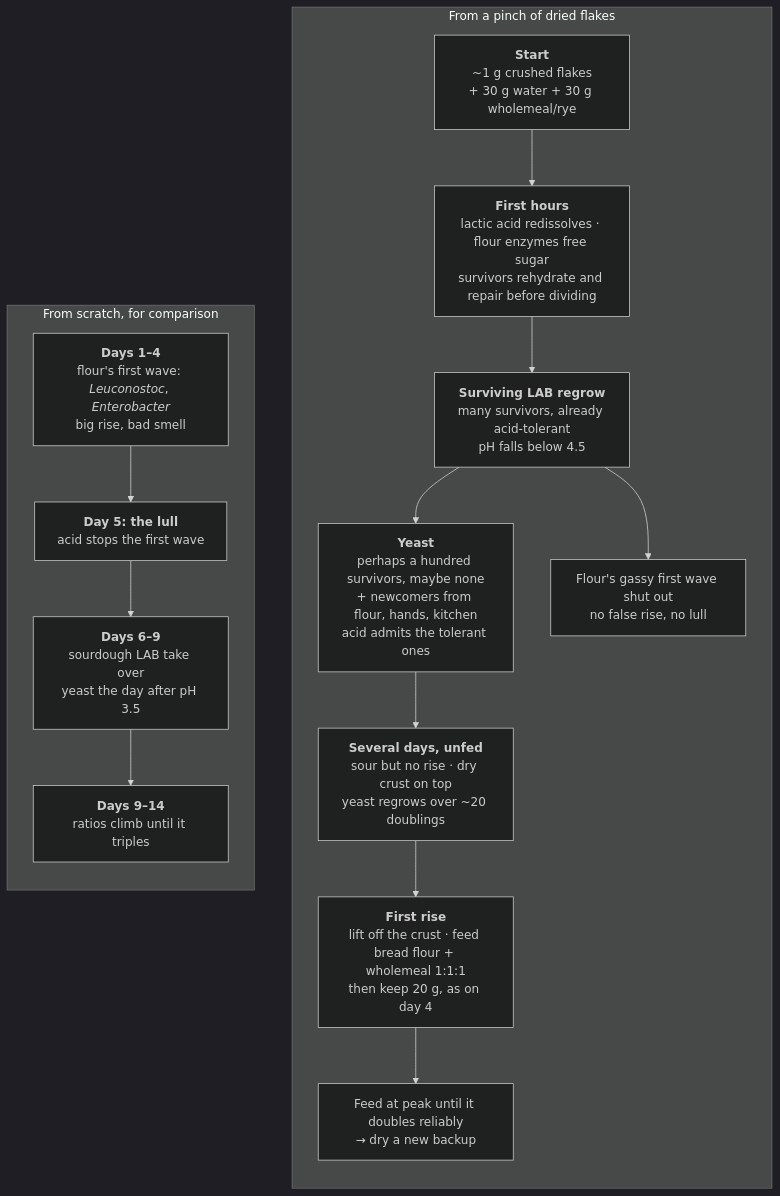
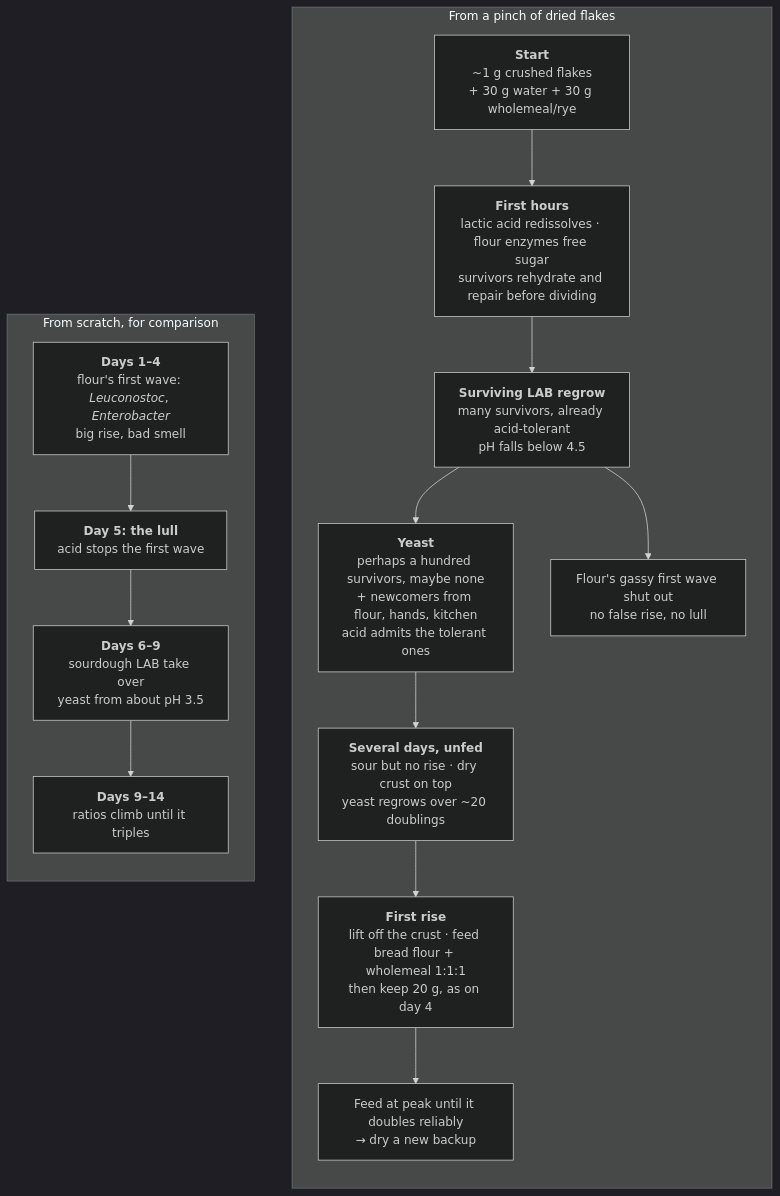
The diagram in notes/starter-from-scratch.md (zrrbite/sourdough-science), drawn with Mermaid (dark theme) before and after one commit. The commit also changed other lines of this file and 2 other files, not shown here.

First line of the commit message:
Credit Wink's day-4 yeast to ascorbic acid, not juice

````diff
--- a/notes/starter-from-scratch.md
+++ b/notes/starter-from-scratch.md
@@ -858,24 +866,24 @@
 ```mermaid
 flowchart TD
     subgraph P ["From a pinch of dried flakes"]
         direction TB
         P0["<b>Start</b><br/>~1 g crushed flakes<br/>+ 30 g water + 30 g wholemeal/rye"]
         P1["<b>First hours</b><br/>lactic acid redissolves · flour enzymes free sugar<br/>survivors rehydrate and repair before dividing"]
         P2["<b>Surviving LAB regrow</b><br/>many survivors, already acid-tolerant<br/>pH falls below 4.5"]
         P3["Flour's gassy first wave shut out<br/>no false rise, no lull"]
         P4["<b>Yeast</b><br/>perhaps a hundred survivors, maybe none<br/>+ newcomers from flour, hands, kitchen<br/>acid admits the tolerant ones"]
         P5["<b>Several days, unfed</b><br/>sour but no rise · dry crust on top<br/>yeast regrows over ~20 doublings"]
         P6["<b>First rise</b><br/>lift off the crust · feed bread flour + wholemeal 1:1:1<br/>then keep 20 g, as on day 4"]
         P7["Feed at peak until it doubles reliably<br/>→ dry a new backup"]
         P0 --> P1 --> P2 --> P4 --> P5 --> P6 --> P7
         P2 --> P3
     end
     subgraph S ["From scratch, for comparison"]
         direction TB
         S1["<b>Days 1–4</b><br/>flour's first wave: <i>Leuconostoc</i>, <i>Enterobacter</i><br/>big rise, bad smell"]
         S2["<b>Day 5: the lull</b><br/>acid stops the first wave"]
-        S3["<b>Days 6–9</b><br/>sourdough LAB take over<br/>yeast the day after pH 3.5"]
+        S3["<b>Days 6–9</b><br/>sourdough LAB take over<br/>yeast from about pH 3.5"]
         S4["<b>Days 9–14</b><br/>ratios climb until it triples"]
         S1 --> S2 --> S3 --> S4
     end
 ```
````
